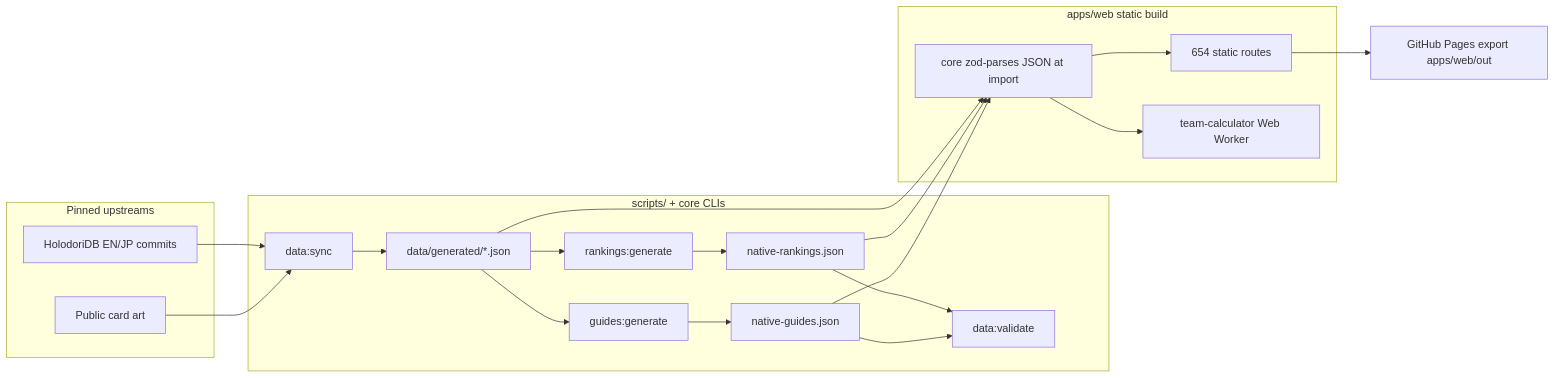
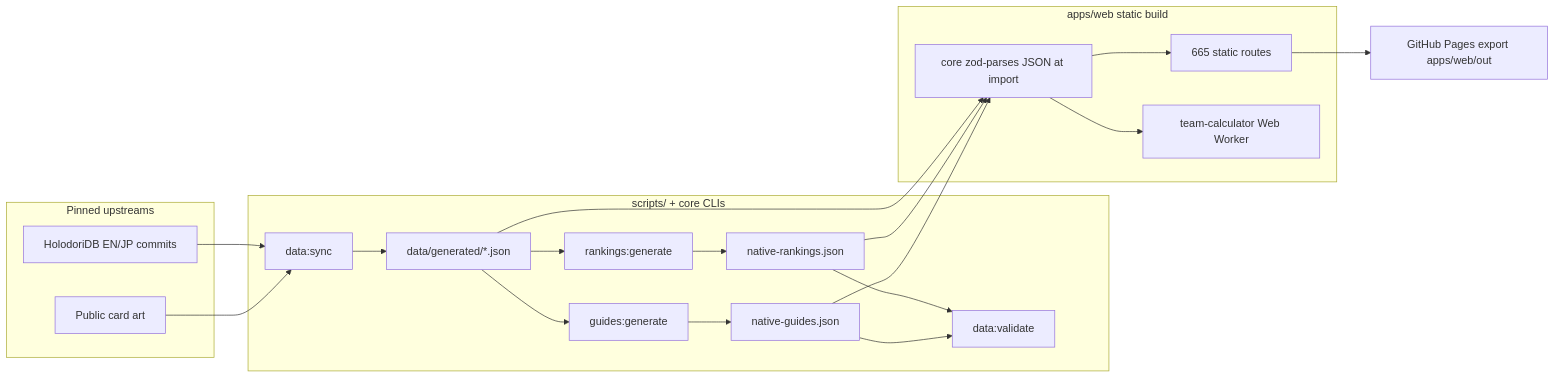
One commit to asciisyaez/yagoo-dori changed the first of 2 diagrams in docs/ARCHI.md. Above: the diagram before and after it, drawn with Mermaid. The commit also changed other lines of this file and 26 other files, not shown here.

````diff
--- a/docs/ARCHI.md
+++ b/docs/ARCHI.md
@@ -375,27 +375,27 @@
 ```mermaid
 flowchart LR
   subgraph Upstream [Pinned upstreams]
     HDB[HolodoriDB EN/JP commits]
     ART[Public card art]
   end
   subgraph Pipeline [scripts/ + core CLIs]
     SYNC[data:sync] --> GEN[data/generated/*.json]
     GEN --> RANK[rankings:generate]
     GEN --> GUIDE[guides:generate]
     RANK --> NR[native-rankings.json]
     GUIDE --> NG[native-guides.json]
     VAL[data:validate]
   end
   HDB --> SYNC
   ART --> SYNC
   NR --> VAL
   NG --> VAL
   subgraph Site [apps/web static build]
-    CORE[core zod-parses JSON at import] --> SSG[654 static routes]
+    CORE[core zod-parses JSON at import] --> SSG[665 static routes]
     CORE --> WORKER[team-calculator Web Worker]
   end
   GEN --> CORE
   NR --> CORE
   NG --> CORE
   SSG --> PAGES[GitHub Pages export apps/web/out]
 ```
````
